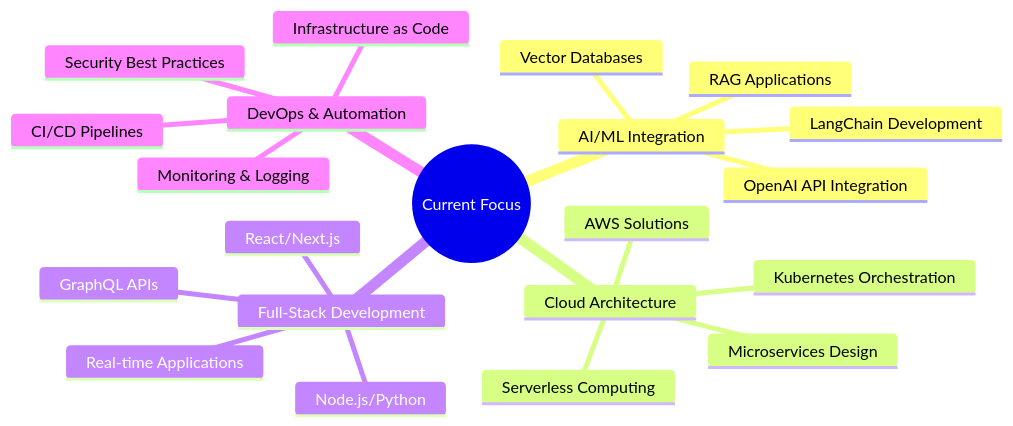
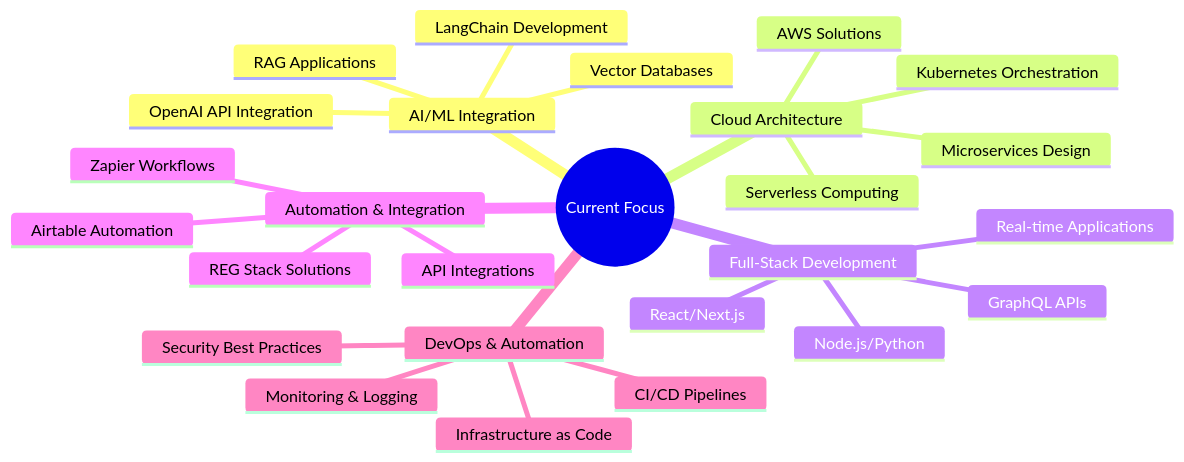
The diagram in README.md (Jatin-Lalit/jatin-lalit), drawn with Mermaid before and after one commit. The commit also changed other lines of this file, not shown here.

````diff
--- a/README.md
+++ b/README.md
@@ -307,24 +319,29 @@
 ```mermaid
 mindmap
   root((Current Focus))
     AI/ML Integration
       LangChain Development
       OpenAI API Integration
       RAG Applications
       Vector Databases
     Cloud Architecture
       AWS Solutions
       Kubernetes Orchestration
       Microservices Design
       Serverless Computing
     Full-Stack Development
       React/Next.js
       Node.js/Python
       GraphQL APIs
       Real-time Applications
+    Automation & Integration
+      Zapier Workflows
+      Airtable Automation
+      REG Stack Solutions
+      API Integrations
     DevOps & Automation
       CI/CD Pipelines
       Infrastructure as Code
       Monitoring & Logging
       Security Best Practices
 ```
````
